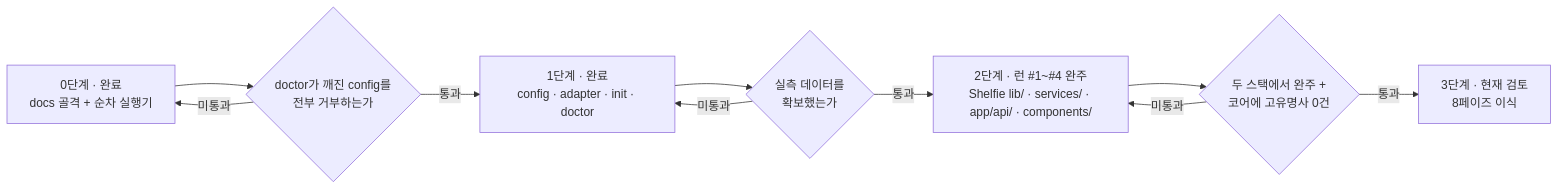
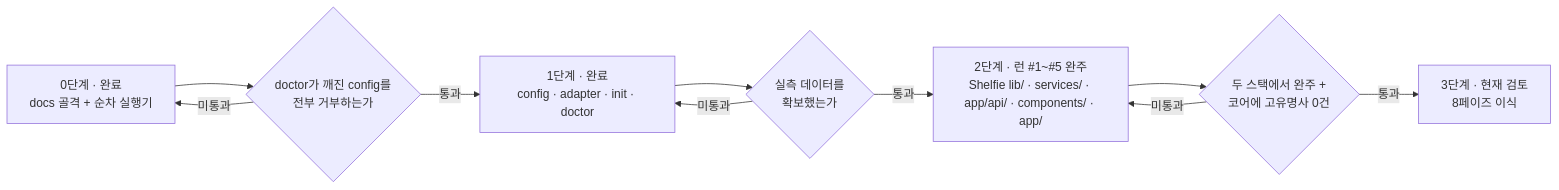
The first of 2 diagrams in docs/harness/ROADMAP.md (hyuham1335-stack/banana-island-ops), drawn with Mermaid before and after one commit. The commit also changed other lines of this file and 2 other files, not shown here.

````diff
--- a/docs/harness/ROADMAP.md
+++ b/docs/harness/ROADMAP.md
@@ -52,18 +52,18 @@
 ```mermaid
 flowchart LR
     S0["0단계 · 완료<br/>docs 골격 + 순차 실행기"]
     S1["1단계 · 완료<br/>config · adapter · init · doctor"]
-    S2["2단계 · 런 #1~#4 완주<br/>Shelfie lib/ · services/ · app/api/ · components/"]
+    S2["2단계 · 런 #1~#5 완주<br/>Shelfie lib/ · services/ · app/api/ · components/ · app/"]
     S3["3단계 · 현재 검토<br/>8페이즈 이식"]
 
     S0 --> G1{"doctor가 깨진 config를<br/>전부 거부하는가"}
     G1 -->|통과| S1
     S1 --> G2{"실측 데이터를<br/>확보했는가"}
     G2 -->|통과| S2
     S2 --> G3{"두 스택에서 완주 +<br/>코어에 고유명사 0건"}
     G3 -->|통과| S3
 
     G1 -->|미통과| S0
     G2 -->|미통과| S1
     G3 -->|미통과| S2
 ```
````
